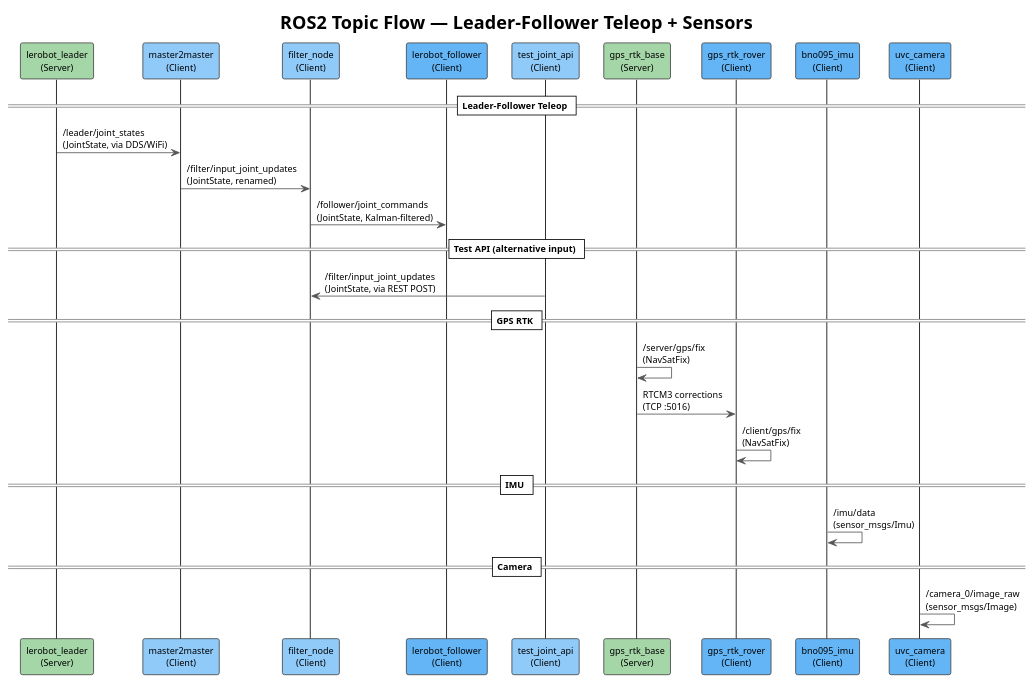
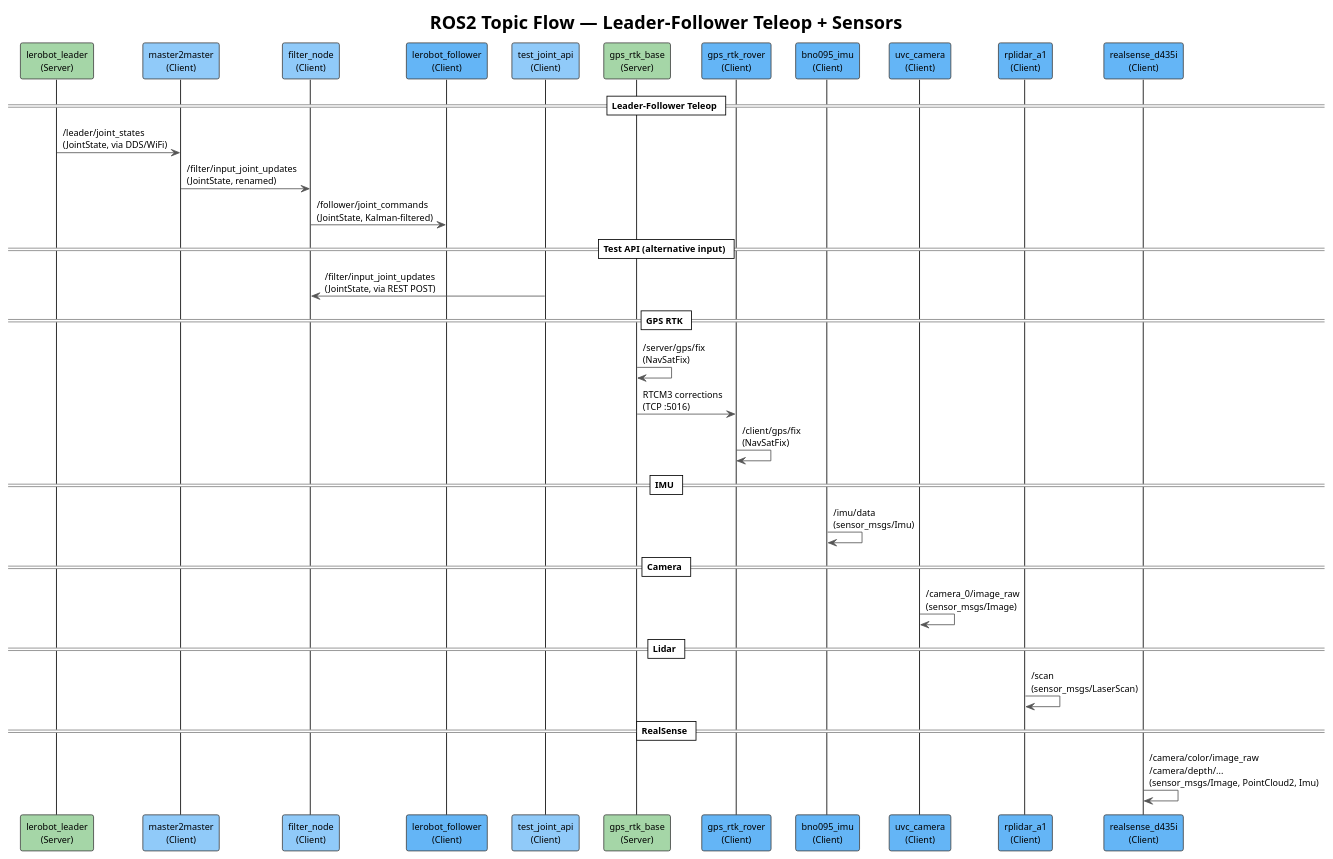
Before and after one commit to szymonrychu/ros2-lerobot-swerve-platform: the diagram in docs/diagrams/topic_flow.puml, drawn with PlantUML. The commit also changed 12 other files, not shown here.

First line of the commit message:
feat: add RPLidar A1 and RealSense D435i ROS2 nodes (client)

```diff
--- a/docs/diagrams/topic_flow.puml
+++ b/docs/diagrams/topic_flow.puml
@@ -1,48 +1,60 @@
 @startuml topic_flow
 !theme plain
 skinparam backgroundColor white
 skinparam defaultFontSize 11
 skinparam actorBorderColor #444
 skinparam participantBorderColor #444
 skinparam arrowColor #555
 
 title ROS2 Topic Flow — Leader–Follower Teleop + Sensors
 
 participant "lerobot_leader\n(Server)" as leader #A5D6A7
 participant "master2master\n(Client)" as m2m #90CAF9
 participant "filter_node\n(Client)" as filter #90CAF9
 participant "lerobot_follower\n(Client)" as follower #64B5F6
 participant "test_joint_api\n(Client)" as testapi #90CAF9
 
 == Leader–Follower Teleop ==
 
 leader -> m2m : /leader/joint_states\n(JointState, via DDS/WiFi)
 m2m -> filter : /filter/input_joint_updates\n(JointState, renamed)
 filter -> follower : /follower/joint_commands\n(JointState, Kalman-filtered)
 
 == Test API (alternative input) ==
 
 testapi -> filter : /filter/input_joint_updates\n(JointState, via REST POST)
 
 == GPS RTK ==
 
 participant "gps_rtk_base\n(Server)" as gps_base #A5D6A7
 participant "gps_rtk_rover\n(Client)" as gps_rover #64B5F6
 
 gps_base -> gps_base : /server/gps/fix\n(NavSatFix)
 gps_base -> gps_rover : RTCM3 corrections\n(TCP :5016)
 gps_rover -> gps_rover : /client/gps/fix\n(NavSatFix)
 
 == IMU ==
 
 participant "bno095_imu\n(Client)" as imu #64B5F6
 
 imu -> imu : /imu/data\n(sensor_msgs/Imu)
 
 == Camera ==
 
 participant "uvc_camera\n(Client)" as cam #64B5F6
 
 cam -> cam : /camera_0/image_raw\n(sensor_msgs/Image)
 
+== Lidar ==
+
+participant "rplidar_a1\n(Client)" as rplidar #64B5F6
+
+rplidar -> rplidar : /scan\n(sensor_msgs/LaserScan)
+
+== RealSense ==
+
+participant "realsense_d435i\n(Client)" as realsense #64B5F6
+
+realsense -> realsense : /camera/color/image_raw\n/camera/depth/...\n(sensor_msgs/Image, PointCloud2, Imu)
+
 @enduml
```
